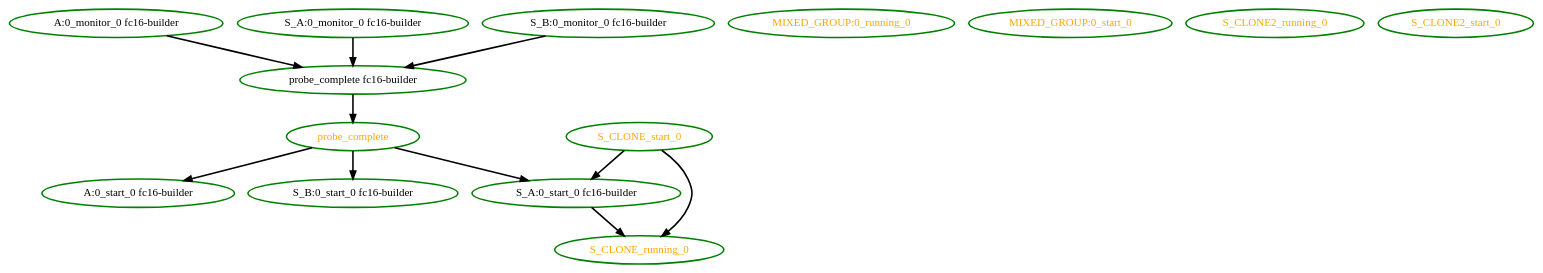
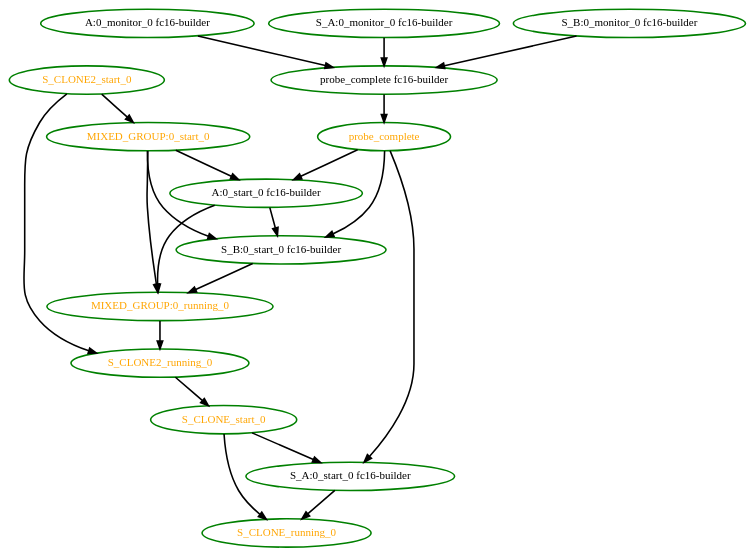
The diagram in pengine/test10/ignore_stonith_rsc_order4.dot (ClusterLabs/pacemaker), drawn with Graphviz before and after one commit. The commit also changed 12 other files, not shown here.

```diff
--- a/pengine/test10/ignore_stonith_rsc_order4.dot
+++ b/pengine/test10/ignore_stonith_rsc_order4.dot
@@ -1,26 +1,36 @@
  digraph "g" {
 "A:0_monitor_0 fc16-builder" -> "probe_complete fc16-builder" [ style = bold]
 "A:0_monitor_0 fc16-builder" [ style=bold color="green" fontcolor="black"]
+"A:0_start_0 fc16-builder" -> "MIXED_GROUP:0_running_0" [ style = bold]
+"A:0_start_0 fc16-builder" -> "S_B:0_start_0 fc16-builder" [ style = bold]
 "A:0_start_0 fc16-builder" [ style=bold color="green" fontcolor="black"]
+"MIXED_GROUP:0_running_0" -> "S_CLONE2_running_0" [ style = bold]
 "MIXED_GROUP:0_running_0" [ style=bold color="green" fontcolor="orange"]
+"MIXED_GROUP:0_start_0" -> "A:0_start_0 fc16-builder" [ style = bold]
+"MIXED_GROUP:0_start_0" -> "MIXED_GROUP:0_running_0" [ style = bold]
+"MIXED_GROUP:0_start_0" -> "S_B:0_start_0 fc16-builder" [ style = bold]
 "MIXED_GROUP:0_start_0" [ style=bold color="green" fontcolor="orange"]
 "S_A:0_monitor_0 fc16-builder" -> "probe_complete fc16-builder" [ style = bold]
 "S_A:0_monitor_0 fc16-builder" [ style=bold color="green" fontcolor="black"]
 "S_A:0_start_0 fc16-builder" -> "S_CLONE_running_0" [ style = bold]
 "S_A:0_start_0 fc16-builder" [ style=bold color="green" fontcolor="black"]
 "S_B:0_monitor_0 fc16-builder" -> "probe_complete fc16-builder" [ style = bold]
 "S_B:0_monitor_0 fc16-builder" [ style=bold color="green" fontcolor="black"]
+"S_B:0_start_0 fc16-builder" -> "MIXED_GROUP:0_running_0" [ style = bold]
 "S_B:0_start_0 fc16-builder" [ style=bold color="green" fontcolor="black"]
+"S_CLONE2_running_0" -> "S_CLONE_start_0" [ style = bold]
 "S_CLONE2_running_0" [ style=bold color="green" fontcolor="orange"]
+"S_CLONE2_start_0" -> "MIXED_GROUP:0_start_0" [ style = bold]
+"S_CLONE2_start_0" -> "S_CLONE2_running_0" [ style = bold]
 "S_CLONE2_start_0" [ style=bold color="green" fontcolor="orange"]
 "S_CLONE_running_0" [ style=bold color="green" fontcolor="orange"]
 "S_CLONE_start_0" -> "S_A:0_start_0 fc16-builder" [ style = bold]
 "S_CLONE_start_0" -> "S_CLONE_running_0" [ style = bold]
 "S_CLONE_start_0" [ style=bold color="green" fontcolor="orange"]
 "probe_complete fc16-builder" -> "probe_complete" [ style = bold]
 "probe_complete fc16-builder" [ style=bold color="green" fontcolor="black"]
 "probe_complete" -> "A:0_start_0 fc16-builder" [ style = bold]
 "probe_complete" -> "S_A:0_start_0 fc16-builder" [ style = bold]
 "probe_complete" -> "S_B:0_start_0 fc16-builder" [ style = bold]
 "probe_complete" [ style=bold color="green" fontcolor="orange"]
 }
```
